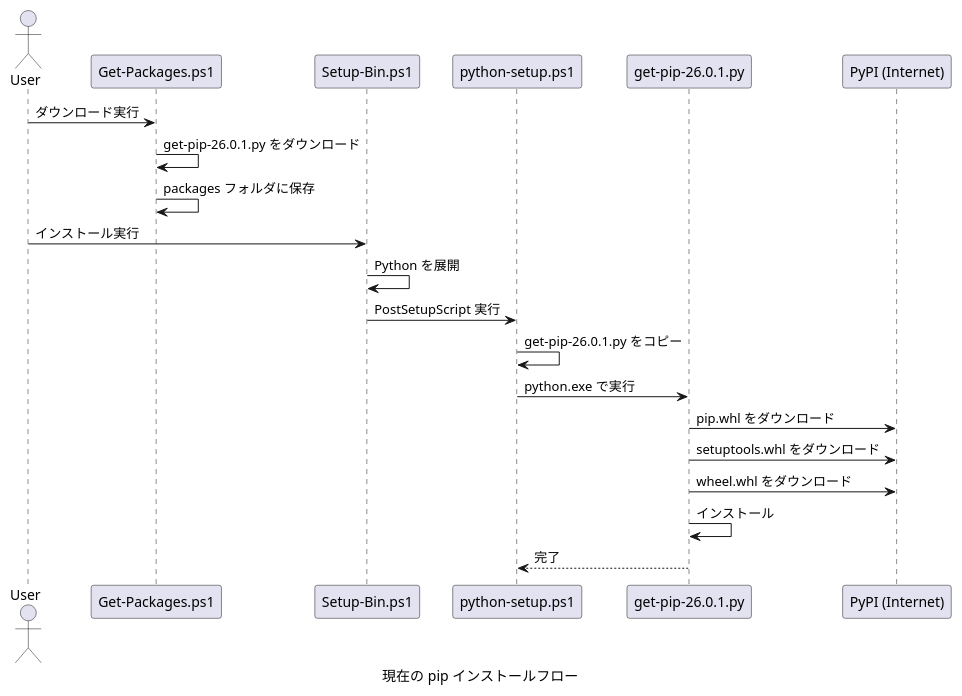
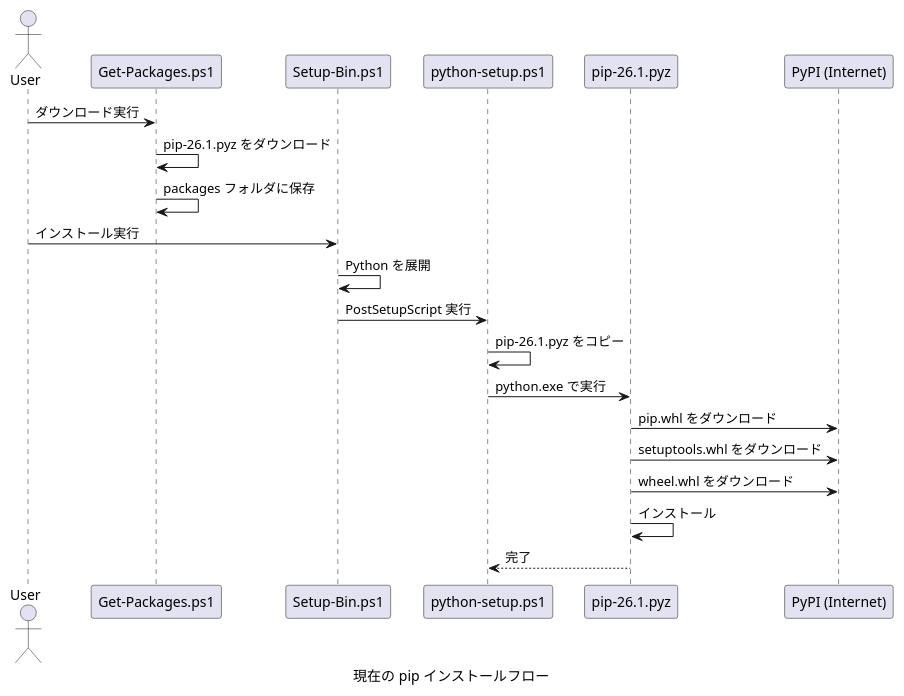
The first of 5 diagrams in docs-src/offline-pip-design.md (Hondarer/devbin-win), drawn with PlantUML before and after one commit. The commit also changed other lines of this file and 3 other files, not shown here.

````diff
--- a/docs-src/offline-pip-design.md
+++ b/docs-src/offline-pip-design.md
@@ -13,26 +13,26 @@
 ```plantuml
 @startuml 現在の pip インストールフロー
 caption 現在の pip インストールフロー
 actor User
 participant "Get-Packages.ps1" as GetPkg
 participant "Setup-Bin.ps1" as Setup
 participant "python-setup.ps1" as PySetup
-participant "get-pip-26.0.1.py" as GetPip
+participant "pip-26.1.pyz" as GetPip
 participant "PyPI (Internet)" as PyPI
 
 User -> GetPkg: ダウンロード実行
-GetPkg -> GetPkg: get-pip-26.0.1.py をダウンロード
+GetPkg -> GetPkg: pip-26.1.pyz をダウンロード
 GetPkg -> GetPkg: packages フォルダに保存
 
 User -> Setup: インストール実行
 Setup -> Setup: Python を展開
 Setup -> PySetup: PostSetupScript 実行
-PySetup -> PySetup: get-pip-26.0.1.py をコピー
+PySetup -> PySetup: pip-26.1.pyz をコピー
 PySetup -> GetPip: python.exe で実行
 GetPip -> PyPI: pip.whl をダウンロード
 GetPip -> PyPI: setuptools.whl をダウンロード
 GetPip -> PyPI: wheel.whl をダウンロード
 GetPip -> GetPip: インストール
 GetPip --> PySetup: 完了
 @enduml
 ```
````
